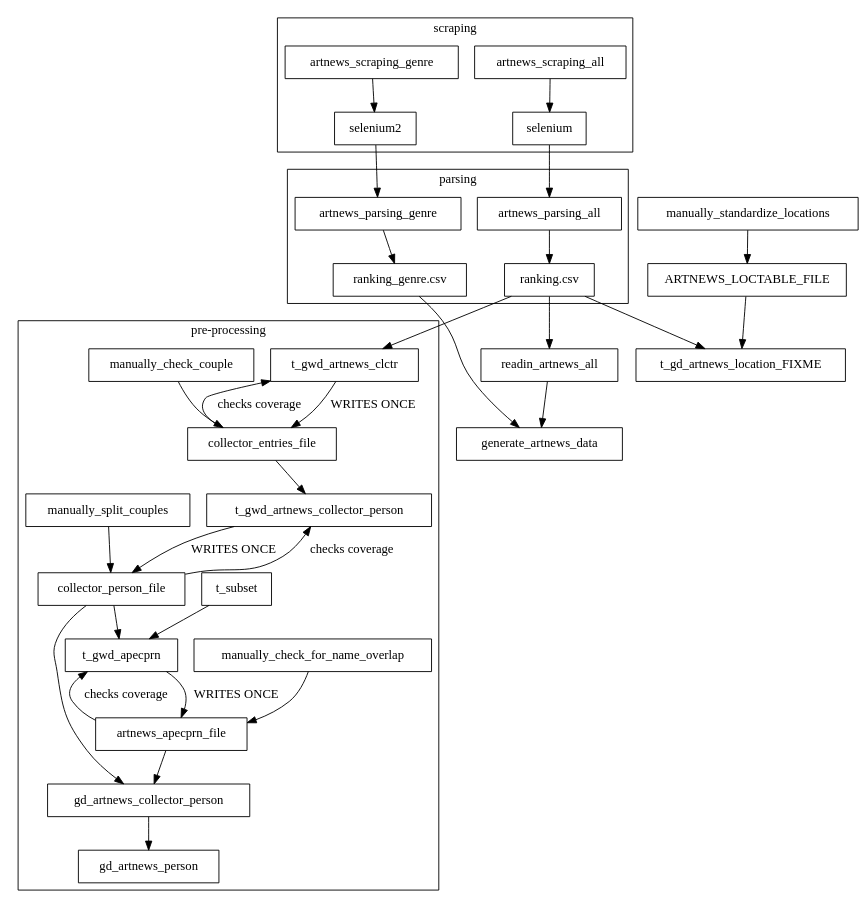
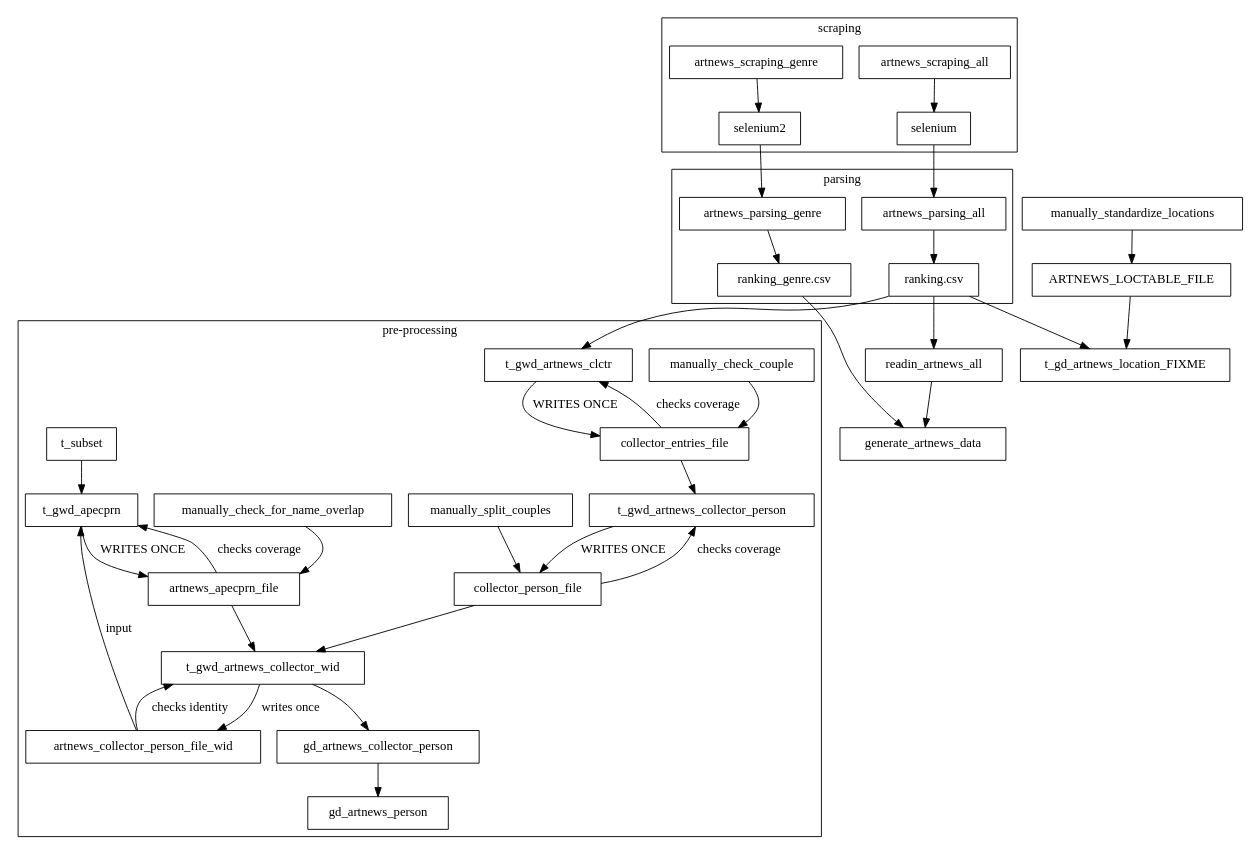
One commit to swhalemwo/pmdata changed the second of 3 diagrams in doc/doc_pmdata.org. Above: the diagram before and after it, drawn with Graphviz. The commit also changed 4 other files, not shown here.

First line of the commit message:
write APE_IDs to file in an_person_collector_wid.csv

```diff
--- a/doc/doc_pmdata.org
+++ b/doc/doc_pmdata.org
@@ -52,72 +52,82 @@
 #+begin_src dot :file artnews_sketch.png
 digraph D {
   node [shape = "box"];
   // splines = false;
   compound = true;
 
   subgraph cluster_scraping {
     label = "scraping"
     artnews_scraping_all -> selenium
     artnews_scraping_genre -> selenium2
     
   }
 
   subgraph cluster_parsing {
     label = "parsing"
     selenium -> artnews_parsing_all
     selenium2 -> artnews_parsing_genre
     artnews_parsing_all -> ranking_all
     ranking_all[label="ranking.csv"]
     artnews_parsing_genre -> ranking_genre
     ranking_genre[label="ranking_genre.csv"]
   }
 
 
   subgraph cluster_preprocessing {
     label = "pre-processing";
 
     t_gwd_artnews_clctr
     t_gwd_artnews_collector_person
     collector_person_file
     artnews_apecprn_file[label="artnews_apecprn_file"]
 
     manually_check_couple -> collector_entries_file
     collector_entries_file -> t_gwd_artnews_clctr[label="checks coverage"]
 
     manually_split_couples -> collector_person_file
 
     t_gwd_artnews_clctr -> collector_entries_file[label="WRITES ONCE"]
     ranking_all -> t_gwd_artnews_clctr
 
     collector_entries_file -> t_gwd_artnews_collector_person
     t_gwd_artnews_collector_person -> collector_person_file[label="WRITES ONCE"]
     collector_person_file -> t_gwd_artnews_collector_person[label="checks coverage"]
 
     manually_check_for_name_overlap -> artnews_apecprn_file
 
     t_subset -> t_gwd_apecprn
-    collector_person_file -> t_gwd_apecprn
-    collector_person_file -> gd_artnews_collector_person
+    // collector_person_file -> t_gwd_apecprn
+    
     t_gwd_apecprn -> artnews_apecprn_file[label="WRITES ONCE"]
     artnews_apecprn_file -> t_gwd_apecprn[label="checks coverage"]
 
-    
-    artnews_apecprn_file -> gd_artnews_collector_person
+
+    collector_person_file -> t_gwd_artnews_collector_wid
+    t_gwd_artnews_collector_wid -> artnews_collector_person_file_wid[label="writes once"]
+    artnews_collector_person_file_wid -> t_gwd_artnews_collector_wid[label="checks identity"]
+
+    t_gwd_apecprn -> artnews_collector_person_file_wid [dir=back,label="input"]
+
+
+    artnews_apecprn_file -> t_gwd_artnews_collector_wid
+    t_gwd_artnews_collector_wid -> gd_artnews_collector_person
+
+
 
     gd_artnews_collector_person -> gd_artnews_person
 
     
     
     
 }
 
 ranking_all -> readin_artnews_all
 ranking_genre -> generate_artnews_data
 readin_artnews_all -> generate_artnews_data
 
 manually_standardize_locations -> ARTNEWS_LOCTABLE_FILE
 ARTNEWS_LOCTABLE_FILE -> t_gd_artnews_location_FIXME
 ranking_all -> t_gd_artnews_location_FIXME
 
 }
 #+end_src  
```
